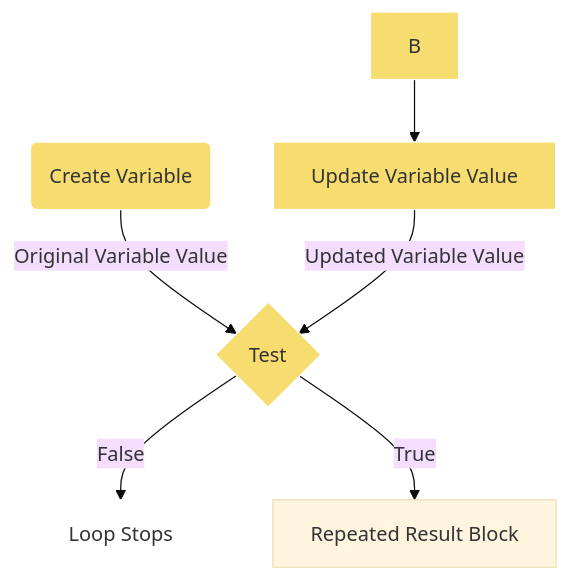
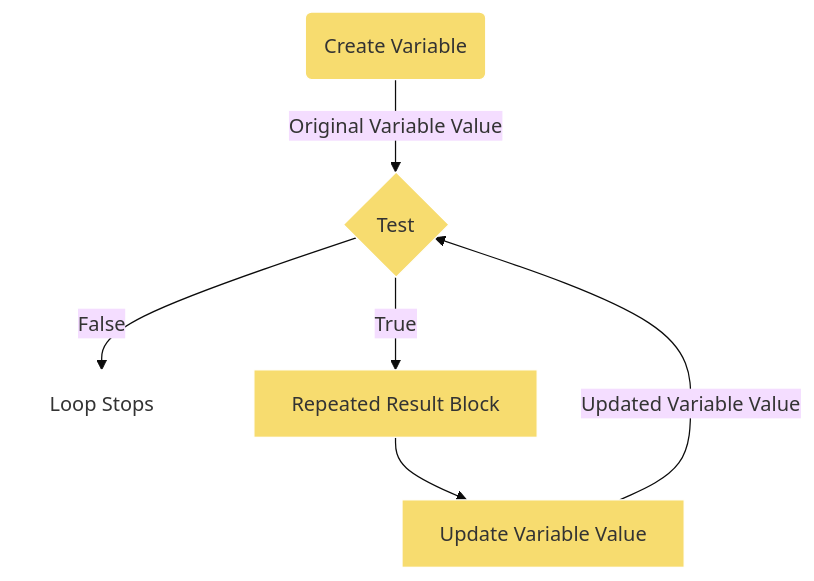
The diagram in content/1_IntroToCoding/2_MakingThings_Happen/3_Lesson_3/index.md (lsu-ddem/pathways-site), drawn with Mermaid (base theme) before and after one commit.

Commit message:
Update Do it again “index”

```diff
--- a/content/1_IntroToCoding/2_MakingThings_Happen/3_Lesson_3/index.md
+++ b/content/1_IntroToCoding/2_MakingThings_Happen/3_Lesson_3/index.md
@@ -23,13 +23,13 @@
 {{<mermaid align="center">}}
 graph TD 
 H(Create Variable)-->|Original Variable Value|A
  A-->|False| E[Loop Stops]
-A{Test} -->|True| B\[Repeated Result Block]
+A{Test} -->|True| B[Repeated Result Block]
 B-->C[Update Variable Value]
 C-->|Updated Variable Value|A
 style A fill:  #f7dc6f , stroke:#FFFFFF;
 style B fill:  #f7dc6f ,stroke:#FFFFFF;
 style C fill:  #f7dc6f ,stroke:#FFFFFF;
 style E fill: #FFFFFF, stroke:#FFFFFF;
 style H fill:  #f7dc6f ,stroke:#FFFFFF;
 {{< /mermaid >}}
```
